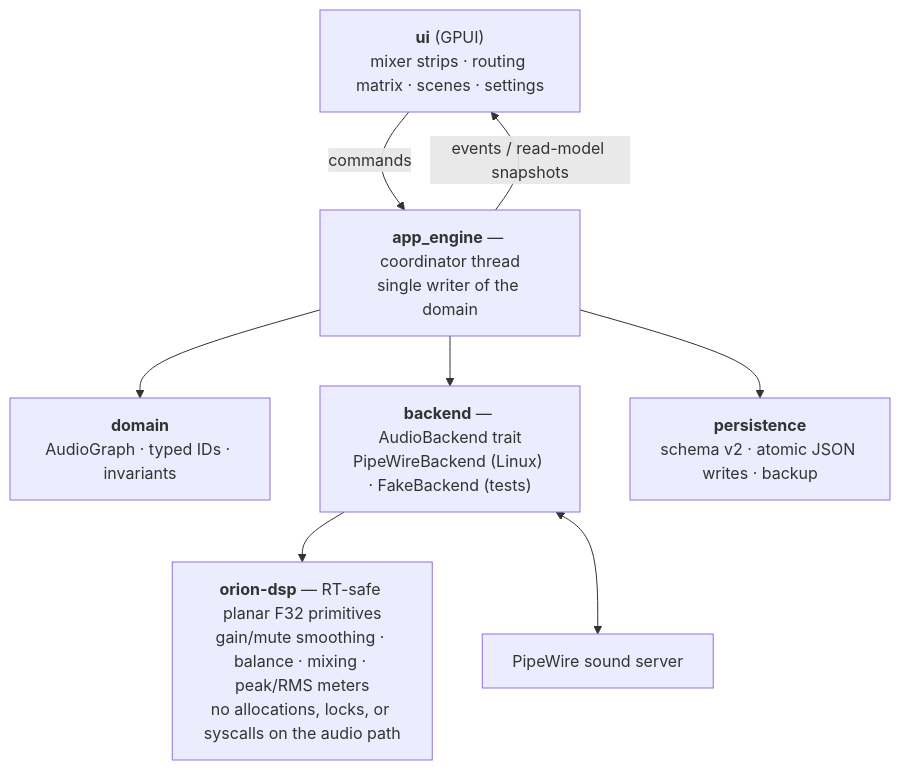
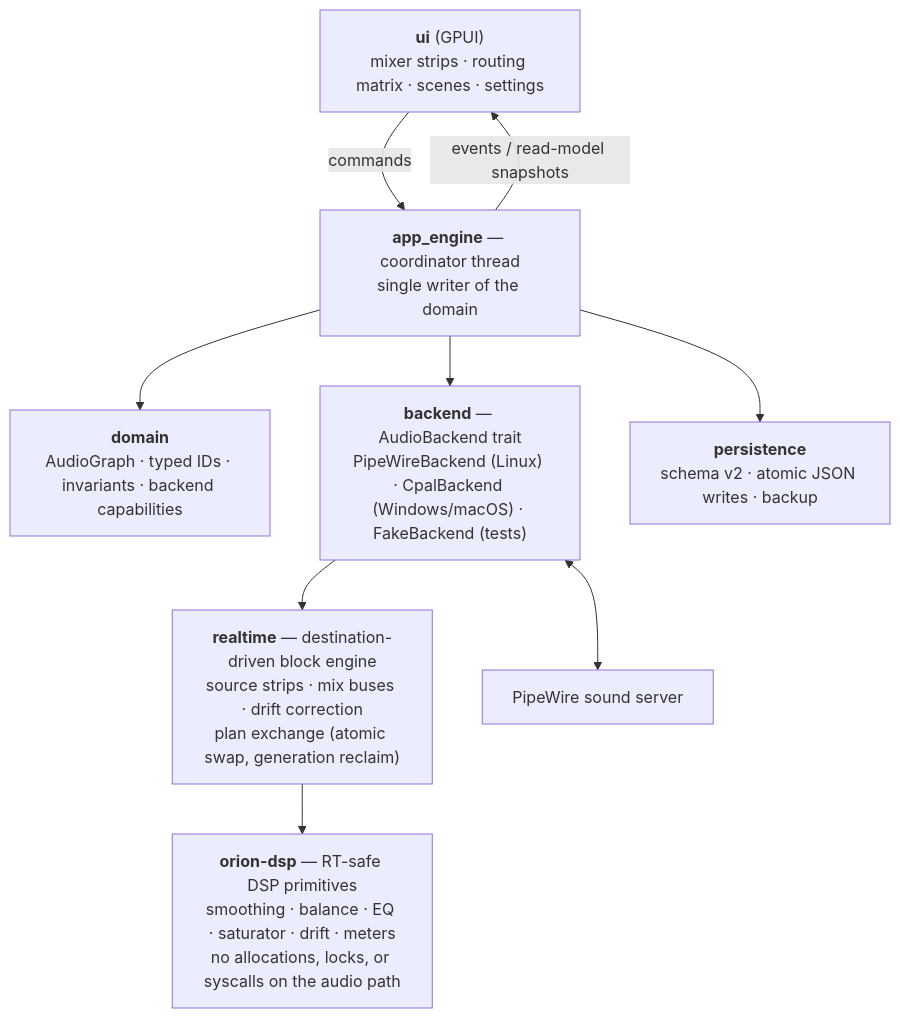
Before and after one commit to gardun0/orion: the diagram in README.md, drawn with Mermaid. The commit also changed other lines of this file and 25 other files, not shown here.

First line of the commit message:
feat: bus clip protection, mode crossfade, RMS/clip meters, cpal backend

````diff
--- a/README.md
+++ b/README.md
@@ -73,18 +77,20 @@
 ```mermaid
 flowchart TB
     UI["<b>ui</b> (GPUI)<br/>mixer strips · routing matrix · scenes · settings"]
     AE["<b>app_engine</b> — coordinator thread<br/>single writer of the domain"]
-    DOM["<b>domain</b><br/>AudioGraph · typed IDs · invariants"]
-    BE["<b>backend</b> — AudioBackend trait<br/>PipeWireBackend (Linux) · FakeBackend (tests)"]
+    DOM["<b>domain</b><br/>AudioGraph · typed IDs · invariants · backend capabilities"]
+    BE["<b>backend</b> — AudioBackend trait<br/>PipeWireBackend (Linux) · CpalBackend (Windows/macOS) · FakeBackend (tests)"]
+    RT["<b>realtime</b> — destination-driven block engine<br/>source strips · mix buses · drift correction<br/>plan exchange (atomic swap, generation reclaim)"]
     PER["<b>persistence</b><br/>schema v2 · atomic JSON writes · backup"]
-    DSP["<b>orion-dsp</b> — RT-safe planar F32 primitives<br/>gain/mute smoothing · balance · mixing · peak/RMS meters<br/>no allocations, locks, or syscalls on the audio path"]
+    DSP["<b>orion-dsp</b> — RT-safe DSP primitives<br/>smoothing · balance · EQ · saturator · drift · meters<br/>no allocations, locks, or syscalls on the audio path"]
     PW["PipeWire sound server"]
 
     UI -- "commands" --> AE
     AE -- "events / read-model snapshots" --> UI
     AE --> DOM
     AE --> BE
     AE --> PER
-    BE --> DSP
+    BE --> RT
+    RT --> DSP
     BE <--> PW
 ```
````
